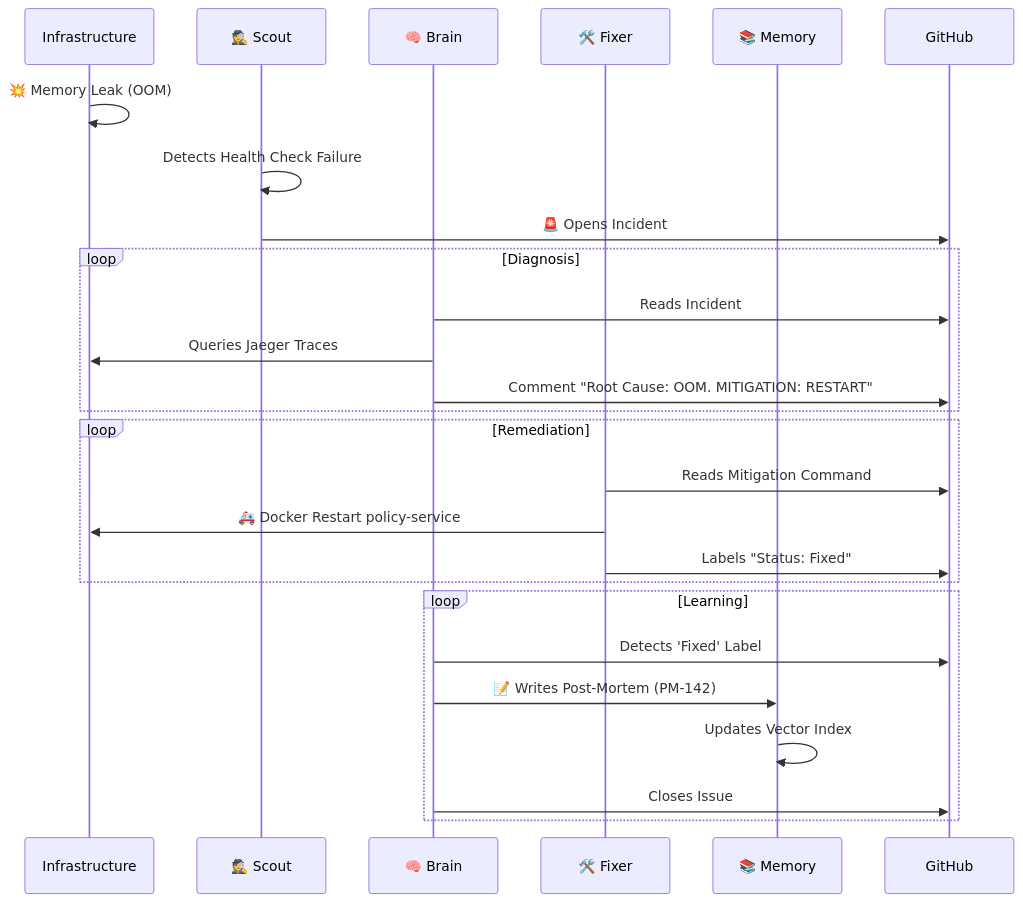
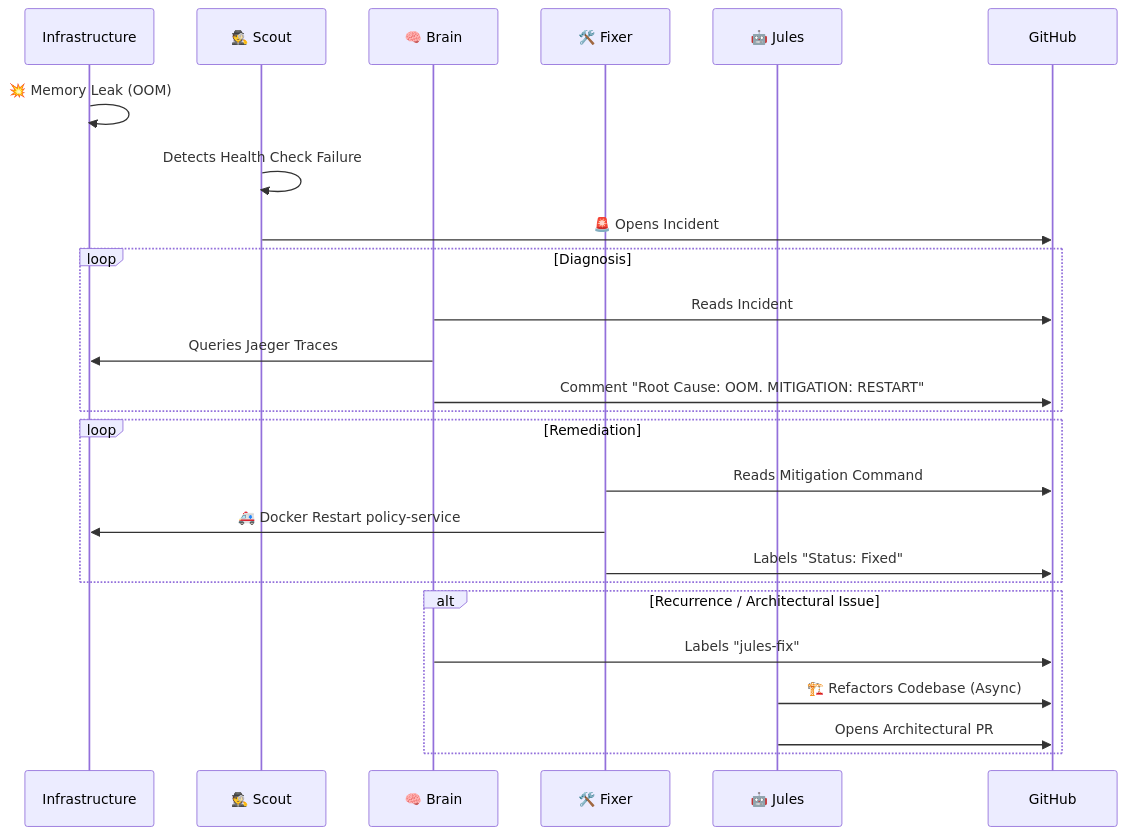
Before and after one commit to mohammedsalmanj/sre.space-cp: the second of 2 diagrams in README.md, drawn with Mermaid. The commit also changed other lines of this file and 4 other files, not shown here.

````diff
--- a/README.md
+++ b/README.md
@@ -91,31 +76,30 @@
 ```mermaid
 sequenceDiagram
     participant Sys as Infrastructure
     participant Scout as 🕵️ Scout
     participant Brain as 🧠 Brain
     participant Fixer as 🛠️ Fixer
-    participant DB as 📚 Memory
+    participant Jules as 🤖 Jules
 
     Sys->>Sys: 💥 Memory Leak (OOM)
     Scout->>Scout: Detects Health Check Failure
     Scout->>GitHub: 🚨 Opens Incident #142
 
     loop Diagnosis
         Brain->>GitHub: Reads Incident
         Brain->>Sys: Queries Jaeger Traces
         Brain->>GitHub: Comment "Root Cause: OOM. MITIGATION: RESTART"
     end
 
     loop Remediation
         Fixer->>GitHub: Reads Mitigation Command
         Fixer->>Sys: 🚑 Docker Restart policy-service
         Fixer->>GitHub: Labels "Status: Fixed"
     end
 
-    loop Learning
-        Brain->>GitHub: Detects 'Fixed' Label
-        Brain->>DB: 📝 Writes Post-Mortem (PM-142)
-        DB->>DB: Updates Vector Index
-        Brain->>GitHub: Closes Issue
+    alt Recurrence / Architectural Issue
+        Brain->>GitHub: Labels "jules-fix"
+        Jules->>GitHub: 🏗️ Refactors Codebase (Async)
+        Jules->>GitHub: Opens Architectural PR
     end
 ```
````
